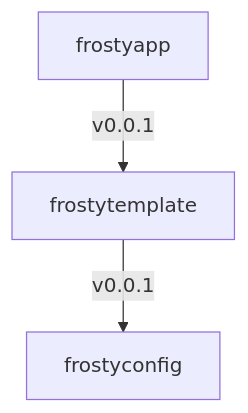
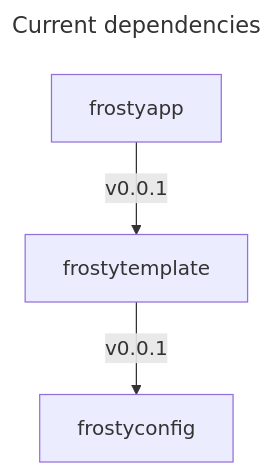
The second of 3 diagrams in mkdocs/source/docs/tutorial/working-with-a-custom-module-registry/index.md (cue-lang/cuelang.org), drawn with Mermaid before and after one commit. The commit also changed other lines of this file and 6 other files, not shown here.

First line of the commit message:
mkdocs: replace Hugo mermaid shortcode with code block with mkdocs-refactor/mermaid-transform.bash

````diff
--- a/mkdocs/source/docs/tutorial/working-with-a-custom-module-registry/index.md
+++ b/mkdocs/source/docs/tutorial/working-with-a-custom-module-registry/index.md
@@ -466,5 +469,8 @@
-{{< mermaid caption="Current dependencies" >}}
+``` mermaid
+---
+title: "Current dependencies"
+---
 flowchart TD
     frostyapp--  v0.0.1 --> frostytemplate
     frostytemplate--  v0.0.1 --> frostyconfig
-{{< /mermaid >}}
+```
````
